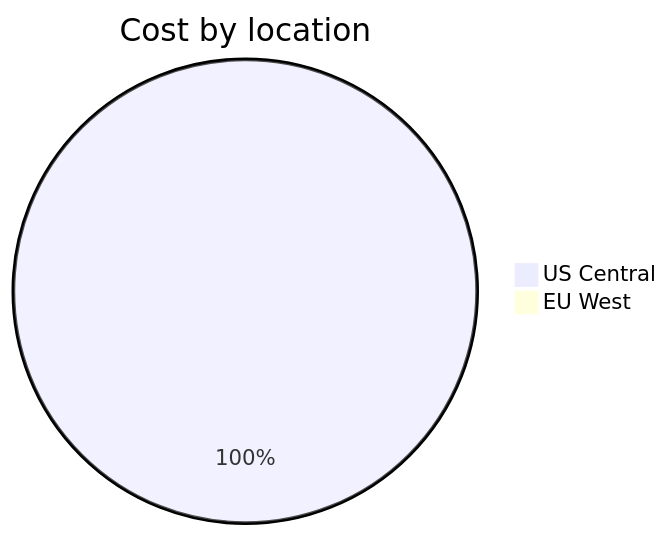
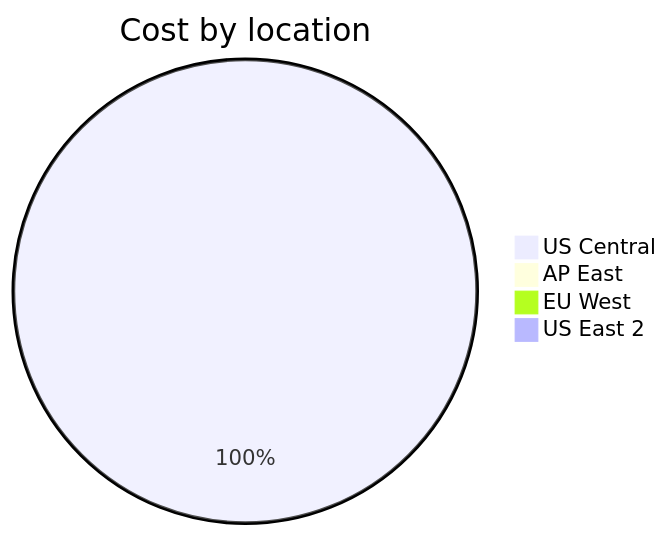
The third of 4 diagrams in cost-reports/personal-site/personal-site-preview.md (jpfulton/azure-personal-reports), drawn with Mermaid before and after one commit. The commit also changed other lines of this file and 6 other files, not shown here.

````diff
--- a/cost-reports/personal-site/personal-site-preview.md
+++ b/cost-reports/personal-site/personal-site-preview.md
@@ -106,6 +108,8 @@
 ```mermaid
 pie
    title Cost by location
-   "US Central" : 0.51
+   "US Central" : 0.69
+   "AP East" : 0.00
    "EU West" : 0.00
+   "US East 2" : 0.00
 ```
````
